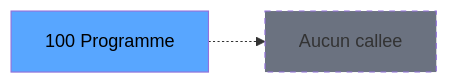
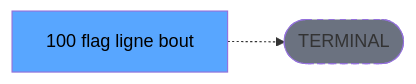
One commit to thonyAGP/lecteur-magic changed the third of 3 diagrams in .openspec/specs/ADH-IDE-100.md. Above: the diagram before and after it, drawn with Mermaid. The commit also changed other lines of this file and 701 other files, not shown here.

````diff
--- a/.openspec/specs/ADH-IDE-100.md
+++ b/.openspec/specs/ADH-IDE-100.md
@@ -123,8 +134,8 @@
 ```mermaid
 graph LR
-    T[100 Programme]
-    NONE[Aucun callee]
-    T -.-> NONE
+    T[100 flag ligne bout]
+    TERM([TERMINAL])
+    T -.-> TERM
+    style TERM fill:#6b7280,stroke-dasharray: 5 5
     style T fill:#58a6ff,color:#000
-    style NONE fill:#6b7280,stroke-dasharray: 5 5
 ```
````
